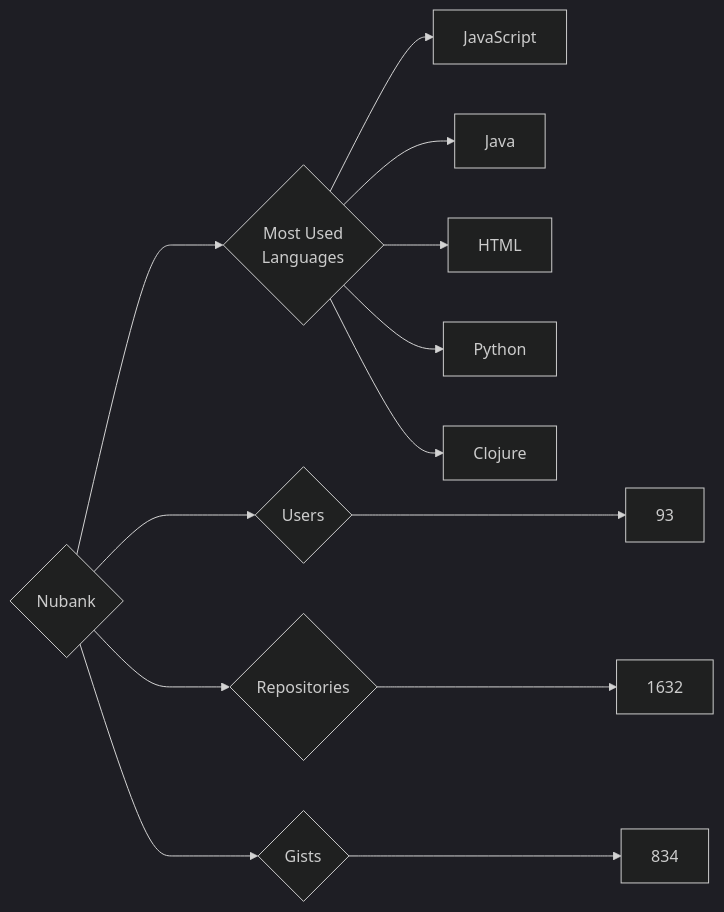
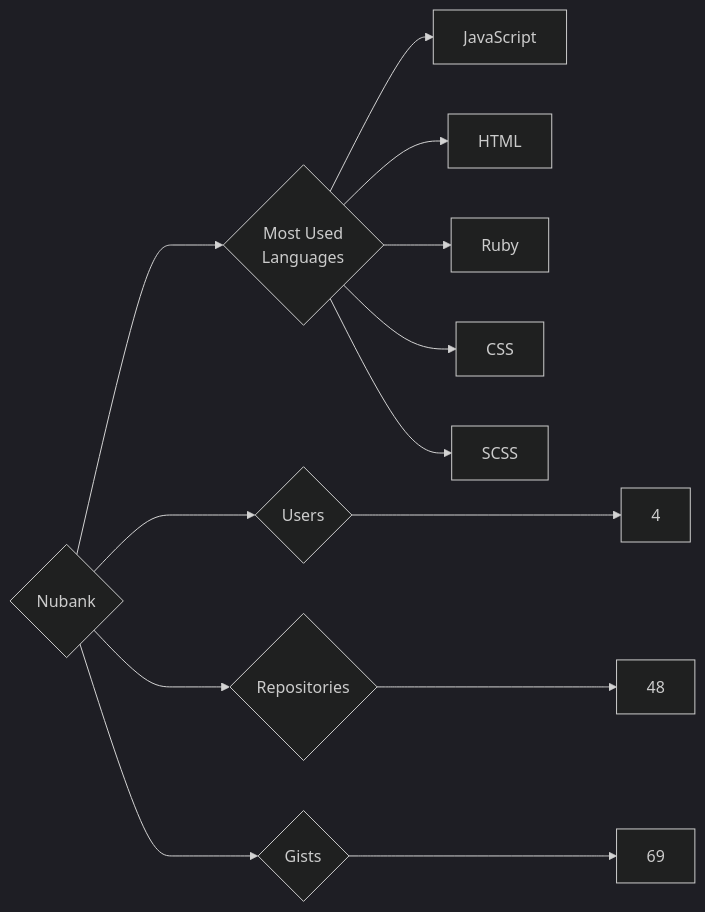
Before and after one commit to trickest/insiders: the diagram in targets/Nubank/README.md, drawn with Mermaid (dark theme). The commit also changed 1496 other files, not shown here.

````diff
--- a/targets/Nubank/README.md
+++ b/targets/Nubank/README.md
@@ -3,13 +3,13 @@
 ```mermaid
 graph LR
 COMPANY_NAME{Nubank}
-COMPANY_NAME ---> U{Users} ---> UN[93]
-COMPANY_NAME ---> R{Repositories} ---> RN[1632]
-COMPANY_NAME ---> G{Gists} ---> GN[834]
+COMPANY_NAME ---> U{Users} ---> UN[4]
+COMPANY_NAME ---> R{Repositories} ---> RN[48]
+COMPANY_NAME ---> G{Gists} ---> GN[69]
 COMPANY_NAME ---> ML{Most Used<br>Languages}
 ML --> JavaScript[JavaScript]
-ML --> Java[Java]
 ML --> HTML[HTML]
-ML --> Python[Python]
-ML --> Clojure[Clojure]
+ML --> Ruby[Ruby]
+ML --> CSS[CSS]
+ML --> SCSS[SCSS]
 ```
````
